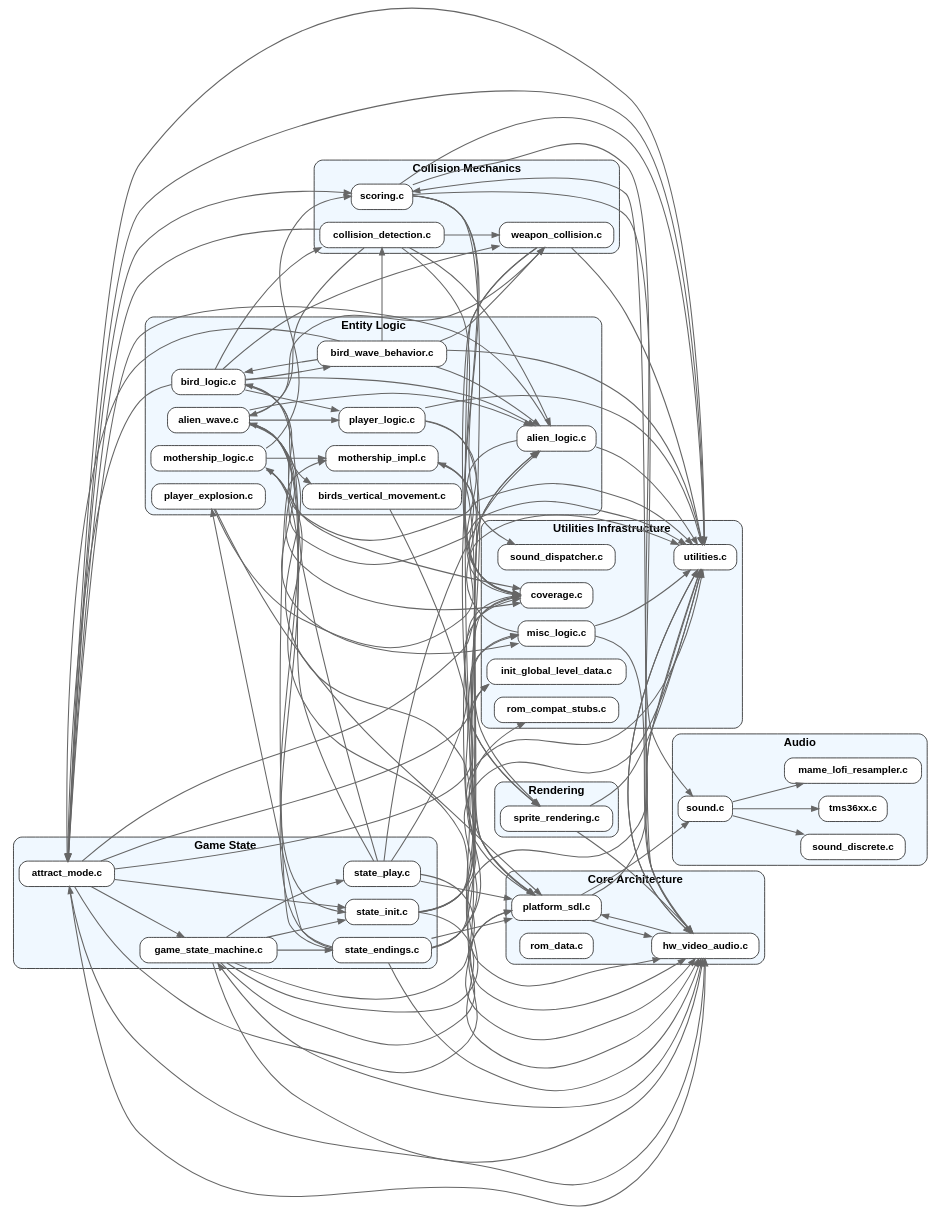
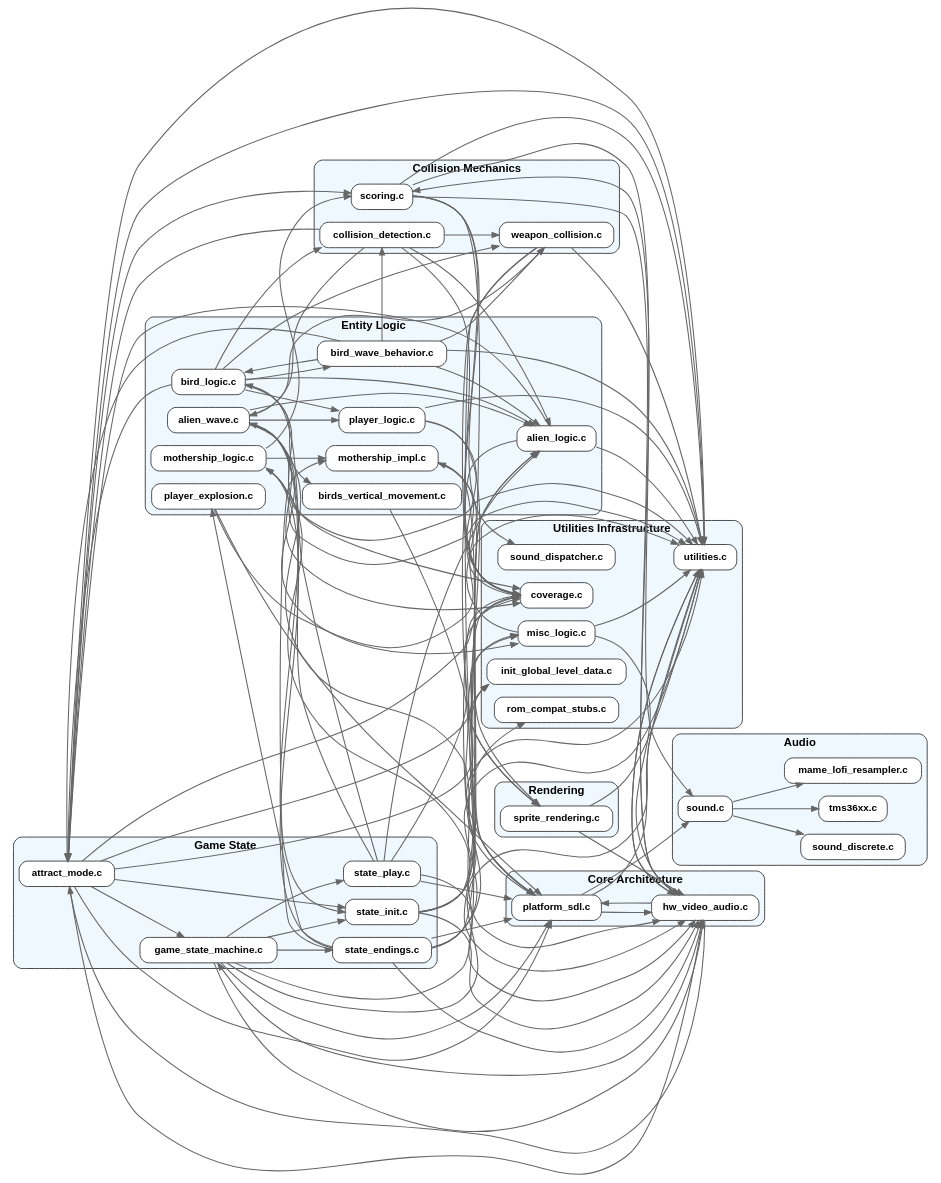
The diagram in c-phoenix/context/graphs/file_callgraph.dot (hhi/org.hhi.phoenix-arcade), drawn with Graphviz before and after one commit. The commit also changed 37 other files, not shown here.

Commit message:
Decouple runtime from raw ROM data

```diff
--- a/c-phoenix/context/graphs/file_callgraph.dot
+++ b/c-phoenix/context/graphs/file_callgraph.dot
@@ -1,192 +1,191 @@
 digraph FileDependencyGraph {
   node [shape=box, style="rounded,filled", fillcolor=white, fontname="Helvetica-bold", fontsize=14];
   edge [color=gray40, penwidth=1.5];
   rankdir=LR;
   splines=true;
   overlap=false;
   subgraph cluster_Core_Architecture {
     label="Core Architecture";
     fontname="Helvetica-bold";
     fontsize=16;
     style="rounded,filled";
     fillcolor=aliceblue;
     "platform_sdl.c";
     "hw_video_audio.c";
-    "rom_data.c";
   }
   subgraph cluster_Game_State {
     label="Game State";
     fontname="Helvetica-bold";
     fontsize=16;
     style="rounded,filled";
     fillcolor=aliceblue;
     "game_state_machine.c";
     "state_init.c";
     "state_play.c";
     "state_endings.c";
     "attract_mode.c";
   }
   subgraph cluster_Audio {
     label="Audio";
     fontname="Helvetica-bold";
     fontsize=16;
     style="rounded,filled";
     fillcolor=aliceblue;
     "sound.c";
     "sound_discrete.c";
     "tms36xx.c";
     "mame_lofi_resampler.c";
   }
   subgraph cluster_Entity_Logic {
     label="Entity Logic";
     fontname="Helvetica-bold";
     fontsize=16;
     style="rounded,filled";
     fillcolor=aliceblue;
     "player_logic.c";
     "player_explosion.c";
     "bird_logic.c";
     "birds_vertical_movement.c";
     "bird_wave_behavior.c";
     "alien_logic.c";
     "alien_wave.c";
     "mothership_logic.c";
     "mothership_impl.c";
   }
   subgraph cluster_Collision_Mechanics {
     label="Collision Mechanics";
     fontname="Helvetica-bold";
     fontsize=16;
     style="rounded,filled";
     fillcolor=aliceblue;
     "collision_detection.c";
     "weapon_collision.c";
     "scoring.c";
   }
   subgraph cluster_Rendering {
     label="Rendering";
     fontname="Helvetica-bold";
     fontsize=16;
     style="rounded,filled";
     fillcolor=aliceblue;
     "sprite_rendering.c";
   }
   subgraph cluster_Utilities_Infrastructure {
     label="Utilities Infrastructure";
     fontname="Helvetica-bold";
     fontsize=16;
     style="rounded,filled";
     fillcolor=aliceblue;
     "utilities.c";
     "coverage.c";
     "init_global_level_data.c";
     "misc_logic.c";
     "sound_dispatcher.c";
     "rom_compat_stubs.c";
   }
+  "collision_detection.c" -> "weapon_collision.c";
+  "attract_mode.c" -> "init_global_level_data.c";
+  "state_play.c" -> "alien_logic.c";
+  "alien_logic.c" -> "sprite_rendering.c";
+  "hw_video_audio.c" -> "game_state_machine.c";
+  "mothership_impl.c" -> "coverage.c";
+  "scoring.c" -> "sound.c";
+  "mothership_impl.c" -> "platform_sdl.c";
+  "sound.c" -> "mame_lofi_resampler.c";
+  "attract_mode.c" -> "utilities.c";
+  "state_init.c" -> "alien_logic.c";
+  "attract_mode.c" -> "coverage.c";
+  "bird_wave_behavior.c" -> "weapon_collision.c";
+  "state_play.c" -> "bird_logic.c";
+  "sprite_rendering.c" -> "hw_video_audio.c";
+  "attract_mode.c" -> "platform_sdl.c";
+  "state_endings.c" -> "hw_video_audio.c";
+  "attract_mode.c" -> "state_init.c";
+  "game_state_machine.c" -> "state_endings.c";
+  "mothership_logic.c" -> "utilities.c";
+  "weapon_collision.c" -> "coverage.c";
+  "bird_logic.c" -> "player_logic.c";
+  "hw_video_audio.c" -> "scoring.c";
+  "alien_logic.c" -> "utilities.c";
+  "game_state_machine.c" -> "utilities.c";
+  "state_endings.c" -> "mothership_logic.c";
+  "alien_logic.c" -> "attract_mode.c";
+  "game_state_machine.c" -> "coverage.c";
+  "game_state_machine.c" -> "platform_sdl.c";
+  "game_state_machine.c" -> "state_init.c";
+  "weapon_collision.c" -> "sprite_rendering.c";
+  "state_endings.c" -> "mothership_impl.c";
+  "bird_logic.c" -> "weapon_collision.c";
+  "platform_sdl.c" -> "utilities.c";
+  "platform_sdl.c" -> "coverage.c";
+  "state_play.c" -> "hw_video_audio.c";
+  "hw_video_audio.c" -> "utilities.c";
+  "collision_detection.c" -> "alien_wave.c";
+  "bird_logic.c" -> "bird_wave_behavior.c";
+  "state_endings.c" -> "player_explosion.c";
+  "misc_logic.c" -> "utilities.c";
+  "hw_video_audio.c" -> "platform_sdl.c";
+  "utilities.c" -> "attract_mode.c";
+  "state_init.c" -> "hw_video_audio.c";
   "scoring.c" -> "hw_video_audio.c";
-  "weapon_collision.c" -> "sprite_rendering.c";
-  "attract_mode.c" -> "utilities.c";
+  "player_logic.c" -> "sprite_rendering.c";
+  "weapon_collision.c" -> "utilities.c";
+  "player_explosion.c" -> "platform_sdl.c";
+  "alien_wave.c" -> "player_logic.c";
+  "bird_logic.c" -> "coverage.c";
+  "state_init.c" -> "misc_logic.c";
+  "collision_detection.c" -> "coverage.c";
+  "alien_wave.c" -> "hw_video_audio.c";
+  "bird_logic.c" -> "birds_vertical_movement.c";
+  "birds_vertical_movement.c" -> "platform_sdl.c";
+  "utilities.c" -> "hw_video_audio.c";
+  "state_endings.c" -> "rom_compat_stubs.c";
+  "bird_wave_behavior.c" -> "collision_detection.c";
+  "player_logic.c" -> "utilities.c";
+  "alien_wave.c" -> "weapon_collision.c";
+  "player_logic.c" -> "coverage.c";
+  "hw_video_audio.c" -> "attract_mode.c";
+  "bird_wave_behavior.c" -> "utilities.c";
+  "state_play.c" -> "coverage.c";
   "state_play.c" -> "platform_sdl.c";
-  "state_init.c" -> "alien_logic.c";
-  "bird_logic.c" -> "weapon_collision.c";
-  "game_state_machine.c" -> "coverage.c";
-  "attract_mode.c" -> "platform_sdl.c";
-  "hw_video_audio.c" -> "scoring.c";
-  "sprite_rendering.c" -> "utilities.c";
-  "state_endings.c" -> "mothership_impl.c";
-  "weapon_collision.c" -> "coverage.c";
-  "state_init.c" -> "hw_video_audio.c";
-  "mothership_logic.c" -> "mothership_impl.c";
-  "hw_video_audio.c" -> "game_state_machine.c";
-  "player_logic.c" -> "utilities.c";
-  "game_state_machine.c" -> "hw_video_audio.c";
-  "misc_logic.c" -> "mothership_impl.c";
+  "alien_wave.c" -> "misc_logic.c";
+  "mothership_logic.c" -> "hw_video_audio.c";
+  "sound.c" -> "sound_discrete.c";
+  "platform_sdl.c" -> "sound.c";
   "bird_logic.c" -> "alien_logic.c";
   "player_explosion.c" -> "utilities.c";
-  "player_explosion.c" -> "platform_sdl.c";
-  "mothership_impl.c" -> "platform_sdl.c";
+  "collision_detection.c" -> "alien_logic.c";
+  "sprite_rendering.c" -> "utilities.c";
+  "attract_mode.c" -> "misc_logic.c";
+  "state_endings.c" -> "utilities.c";
+  "state_play.c" -> "alien_wave.c";
   "scoring.c" -> "coverage.c";
-  "game_state_machine.c" -> "utilities.c";
-  "platform_sdl.c" -> "hw_video_audio.c";
-  "game_state_machine.c" -> "platform_sdl.c";
-  "weapon_collision.c" -> "utilities.c";
-  "state_endings.c" -> "rom_compat_stubs.c";
+  "bird_logic.c" -> "collision_detection.c";
+  "state_endings.c" -> "platform_sdl.c";
   "sound.c" -> "tms36xx.c";
   "bird_logic.c" -> "attract_mode.c";
-  "bird_logic.c" -> "birds_vertical_movement.c";
+  "mothership_logic.c" -> "mothership_impl.c";
+  "collision_detection.c" -> "attract_mode.c";
+  "scoring.c" -> "sound_dispatcher.c";
+  "bird_wave_behavior.c" -> "alien_logic.c";
+  "alien_wave.c" -> "utilities.c";
+  "mothership_logic.c" -> "scoring.c";
+  "misc_logic.c" -> "hw_video_audio.c";
+  "alien_wave.c" -> "coverage.c";
+  "attract_mode.c" -> "hw_video_audio.c";
+  "state_init.c" -> "init_global_level_data.c";
+  "alien_wave.c" -> "state_init.c";
   "game_state_machine.c" -> "state_play.c";
-  "bird_logic.c" -> "coverage.c";
-  "bird_wave_behavior.c" -> "weapon_collision.c";
-  "state_endings.c" -> "player_explosion.c";
-  "bird_logic.c" -> "player_logic.c";
-  "game_state_machine.c" -> "state_endings.c";
-  "attract_mode.c" -> "init_global_level_data.c";
-  "scoring.c" -> "utilities.c";
-  "hw_video_audio.c" -> "utilities.c";
-  "scoring.c" -> "platform_sdl.c";
-  "platform_sdl.c" -> "coverage.c";
-  "bird_wave_behavior.c" -> "alien_logic.c";
-  "state_play.c" -> "alien_wave.c";
-  "sound.c" -> "sound_discrete.c";
   "attract_mode.c" -> "game_state_machine.c";
-  "state_init.c" -> "utilities.c";
-  "alien_wave.c" -> "state_init.c";
-  "mothership_logic.c" -> "scoring.c";
-  "alien_wave.c" -> "misc_logic.c";
-  "hw_video_audio.c" -> "attract_mode.c";
-  "alien_wave.c" -> "weapon_collision.c";
-  "utilities.c" -> "attract_mode.c";
-  "collision_detection.c" -> "alien_wave.c";
-  "attract_mode.c" -> "state_init.c";
-  "scoring.c" -> "sound.c";
-  "attract_mode.c" -> "misc_logic.c";
-  "state_init.c" -> "init_global_level_data.c";
-  "alien_wave.c" -> "alien_logic.c";
-  "collision_detection.c" -> "weapon_collision.c";
-  "bird_logic.c" -> "collision_detection.c";
-  "alien_logic.c" -> "sprite_rendering.c";
-  "state_endings.c" -> "mothership_logic.c";
-  "utilities.c" -> "hw_video_audio.c";
-  "bird_logic.c" -> "bird_wave_behavior.c";
-  "state_play.c" -> "alien_logic.c";
-  "alien_wave.c" -> "hw_video_audio.c";
-  "scoring.c" -> "sound_dispatcher.c";
-  "alien_logic.c" -> "attract_mode.c";
-  "platform_sdl.c" -> "utilities.c";
-  "state_play.c" -> "bird_logic.c";
-  "state_play.c" -> "hw_video_audio.c";
   "state_endings.c" -> "alien_logic.c";
   "bird_wave_behavior.c" -> "attract_mode.c";
-  "collision_detection.c" -> "alien_logic.c";
-  "attract_mode.c" -> "hw_video_audio.c";
+  "bird_wave_behavior.c" -> "bird_logic.c";
+  "state_init.c" -> "utilities.c";
+  "misc_logic.c" -> "mothership_impl.c";
+  "game_state_machine.c" -> "hw_video_audio.c";
+  "scoring.c" -> "utilities.c";
+  "alien_wave.c" -> "alien_logic.c";
+  "scoring.c" -> "platform_sdl.c";
   "attract_mode.c" -> "scoring.c";
-  "state_endings.c" -> "hw_video_audio.c";
-  "hw_video_audio.c" -> "platform_sdl.c";
-  "game_state_machine.c" -> "state_init.c";
-  "mothership_logic.c" -> "hw_video_audio.c";
-  "mothership_impl.c" -> "coverage.c";
-  "platform_sdl.c" -> "sound.c";
-  "sound.c" -> "mame_lofi_resampler.c";
-  "bird_wave_behavior.c" -> "bird_logic.c";
-  "misc_logic.c" -> "hw_video_audio.c";
-  "state_endings.c" -> "utilities.c";
-  "alien_wave.c" -> "coverage.c";
-  "alien_logic.c" -> "utilities.c";
-  "state_endings.c" -> "platform_sdl.c";
-  "mothership_logic.c" -> "utilities.c";
-  "alien_wave.c" -> "player_logic.c";
-  "state_play.c" -> "coverage.c";
-  "attract_mode.c" -> "coverage.c";
-  "misc_logic.c" -> "utilities.c";
-  "bird_wave_behavior.c" -> "utilities.c";
-  "collision_detection.c" -> "attract_mode.c";
-  "collision_detection.c" -> "coverage.c";
-  "player_logic.c" -> "sprite_rendering.c";
-  "bird_wave_behavior.c" -> "collision_detection.c";
-  "player_logic.c" -> "coverage.c";
-  "sprite_rendering.c" -> "hw_video_audio.c";
-  "state_init.c" -> "misc_logic.c";
-  "birds_vertical_movement.c" -> "platform_sdl.c";
-  "alien_wave.c" -> "utilities.c";
+  "platform_sdl.c" -> "hw_video_audio.c";
 }
```
